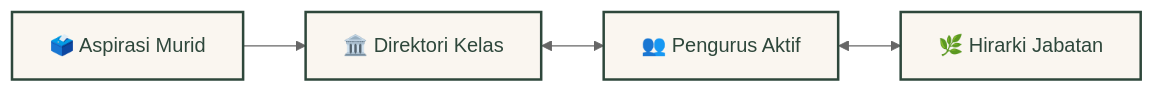
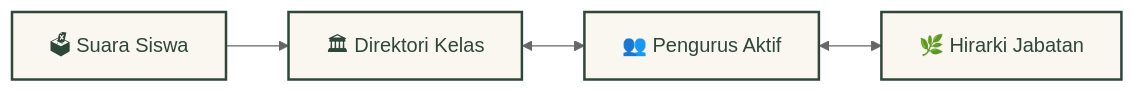
One commit to Riz6ix/MPK changed the first of 2 diagrams in README.id.md. Above: the diagram before and after it, drawn with Mermaid (neutral theme). The commit also changed other lines of this file and 1 other file, not shown here.

Commit message:
fix english labels and clean syntax in readme diagrams

````diff
--- a/README.id.md
+++ b/README.id.md
@@ -43,8 +46,8 @@
 ```mermaid
 flowchart LR
-    classDef default fill:#faf6f0,stroke:#2e473b,stroke-width:2px,color:#2e473b;
-    
-    Aspirasi[🗳️ Aspirasi Murid] --> Kelas[🏛️ Direktori Kelas]
-    Kelas <--> Pengurus[👥 Pengurus Aktif]
-    Pengurus <--> Jabatan[🌿 Hirarki Jabatan]
+    classDef default fill:#faf6f0,stroke:#2e473b,stroke-width:2px,color:#2e473b
+
+    A[🗳 Suara Siswa] --> B[🏛 Direktori Kelas]
+    B <--> C[👥 Pengurus Aktif]
+    C <--> D[🌿 Hirarki Jabatan]
 ```
````
